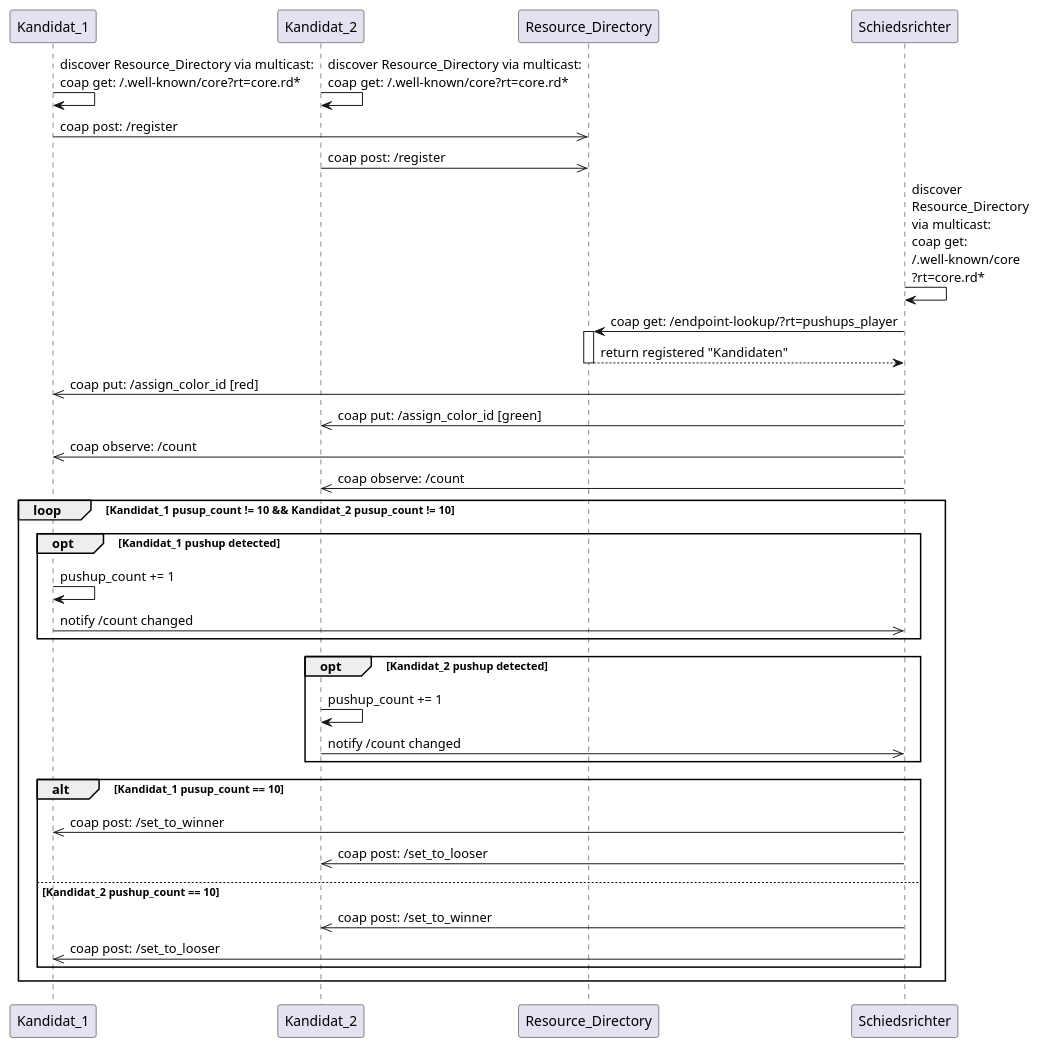
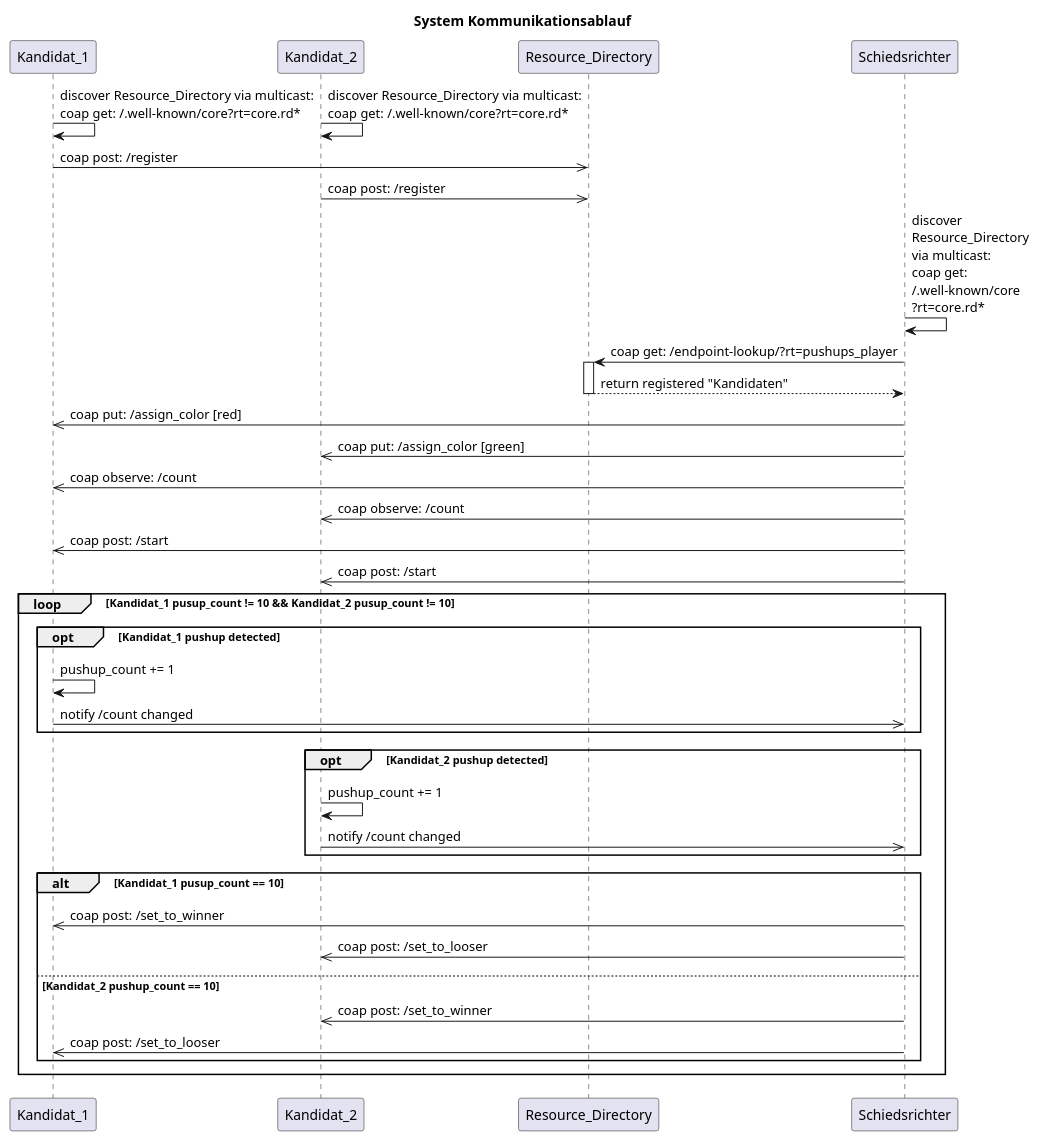
The diagram in pushup_contest/docs/communication_sequence.puml (friedrichdudda/AIT05), drawn with PlantUML before and after one commit. The commit also changed 1 other file, not shown here.

```diff
--- a/pushup_contest/docs/communication_sequence.puml
+++ b/pushup_contest/docs/communication_sequence.puml
@@ -1,38 +1,42 @@
 @startuml Kommunikation
+title System Kommunikationsablauf
+
 participant Kandidat_1
 participant Kandidat_2
 participant Resource_Directory
 participant Schiedsrichter
 
 !pragma teoz true
 Kandidat_1 -> Kandidat_1: discover Resource_Directory via multicast:\ncoap get: /.well-known/core?rt=core.rd*
 &Kandidat_2 -> Kandidat_2: discover Resource_Directory via multicast:\ncoap get: /.well-known/core?rt=core.rd*
 Kandidat_1 ->> Resource_Directory: coap post: /register
 Kandidat_2 ->> Resource_Directory: coap post: /register
 Schiedsrichter -> Schiedsrichter: discover\nResource_Directory\nvia multicast:\ncoap get:\n/.well-known/core\n?rt=core.rd*
 Schiedsrichter -> Resource_Directory: coap get: /endpoint-lookup/?rt=pushups_player
 activate Resource_Directory
 Resource_Directory --> Schiedsrichter: return registered "Kandidaten"
 deactivate Resource_Directory
-Schiedsrichter ->> Kandidat_1: coap put: /assign_color_id [red]
-Schiedsrichter ->> Kandidat_2: coap put: /assign_color_id [green]
+Schiedsrichter ->> Kandidat_1: coap put: /assign_color [red]
+Schiedsrichter ->> Kandidat_2: coap put: /assign_color [green]
 Schiedsrichter ->> Kandidat_1: coap observe: /count
 Schiedsrichter ->> Kandidat_2: coap observe: /count
+Schiedsrichter ->> Kandidat_1: coap post: /start
+Schiedsrichter ->> Kandidat_2: coap post: /start
 loop Kandidat_1 pusup_count != 10 && Kandidat_2 pusup_count != 10
     opt Kandidat_1 pushup detected
         Kandidat_1 -> Kandidat_1: pushup_count += 1
         Kandidat_1 ->> Schiedsrichter: notify /count changed
     end
     opt Kandidat_2 pushup detected
         Kandidat_2 -> Kandidat_2: pushup_count += 1
         Kandidat_2 ->> Schiedsrichter: notify /count changed
     end
     alt Kandidat_1 pusup_count == 10
         Schiedsrichter ->> Kandidat_1: coap post: /set_to_winner
         Schiedsrichter ->> Kandidat_2: coap post: /set_to_looser
     else Kandidat_2 pushup_count == 10
         Schiedsrichter ->> Kandidat_2: coap post: /set_to_winner
         Schiedsrichter ->> Kandidat_1: coap post: /set_to_looser
     end
 end
 @enduml
```
